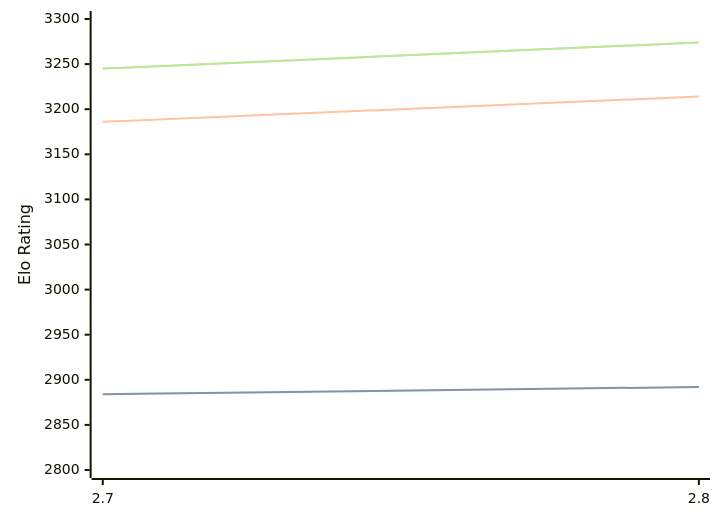
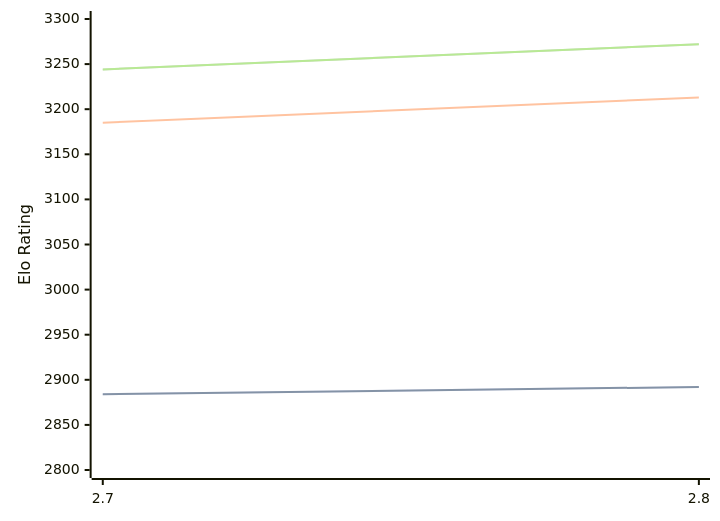
One commit to computer-chess-index/cci changed the diagram in engines/Arcanum.md. Above: the diagram before and after it, drawn with Mermaid. The commit also changed other lines of this file, not shown here.

Commit message:
Update CCI Ratings (ELO VLTC) - 2026-06-10

````diff
--- a/engines/Arcanum.md
+++ b/engines/Arcanum.md
@@ -44,11 +44,11 @@
 ```mermaid
 %%{init: {"theme":"base","themeVariables":{"seriesColors:['#a3a3a3','#222221','#faa371']}}}%%
 xychart-beta
   x-axis ["2.7", "2.8"]
   y-axis "Elo Rating" 2800 --> 3300
   line "STC (8.0+0.08s)" [2884, 2892]
   line "STC (8.0+0.08s)" [2884, 2892]
-  line "LTC (60.0+0.60s)" [3186, 3214]
-  line "VLTC (2m24s+1.12s)" [3245, 3274]
-  line "VLTC (2m24s+1.12s)" [3245, 3274]
+  line "LTC (60.0+0.60s)" [3185, 3213]
+  line "VLTC (2m24s+1.12s)" [3244, 3272]
+  line "VLTC (2m24s+1.12s)" [3244, 3272]
 ```
````
